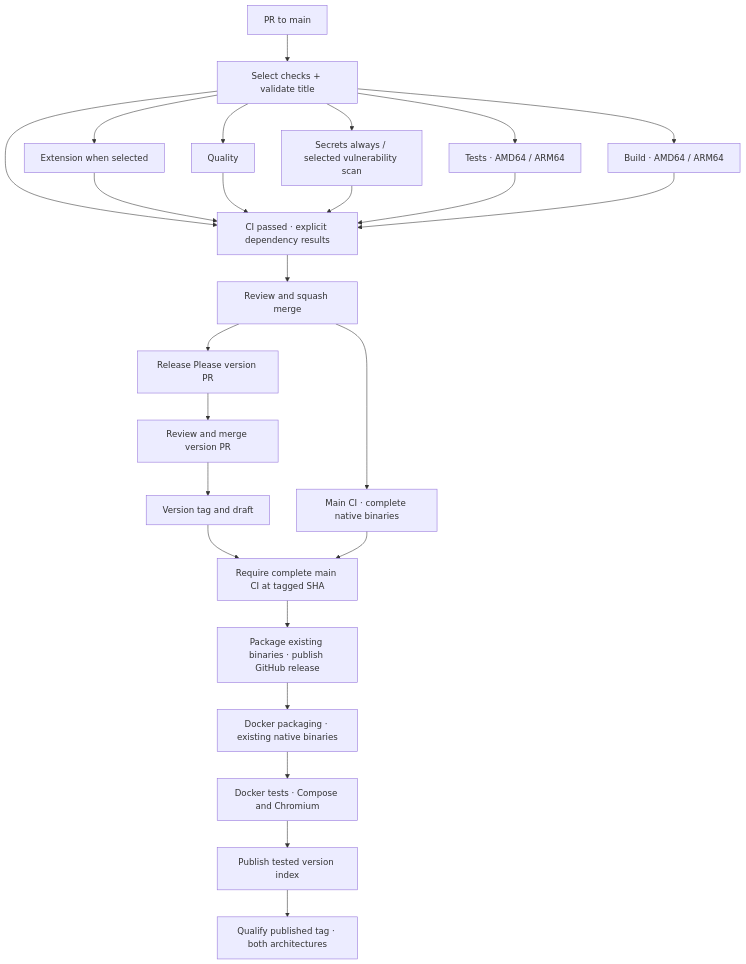
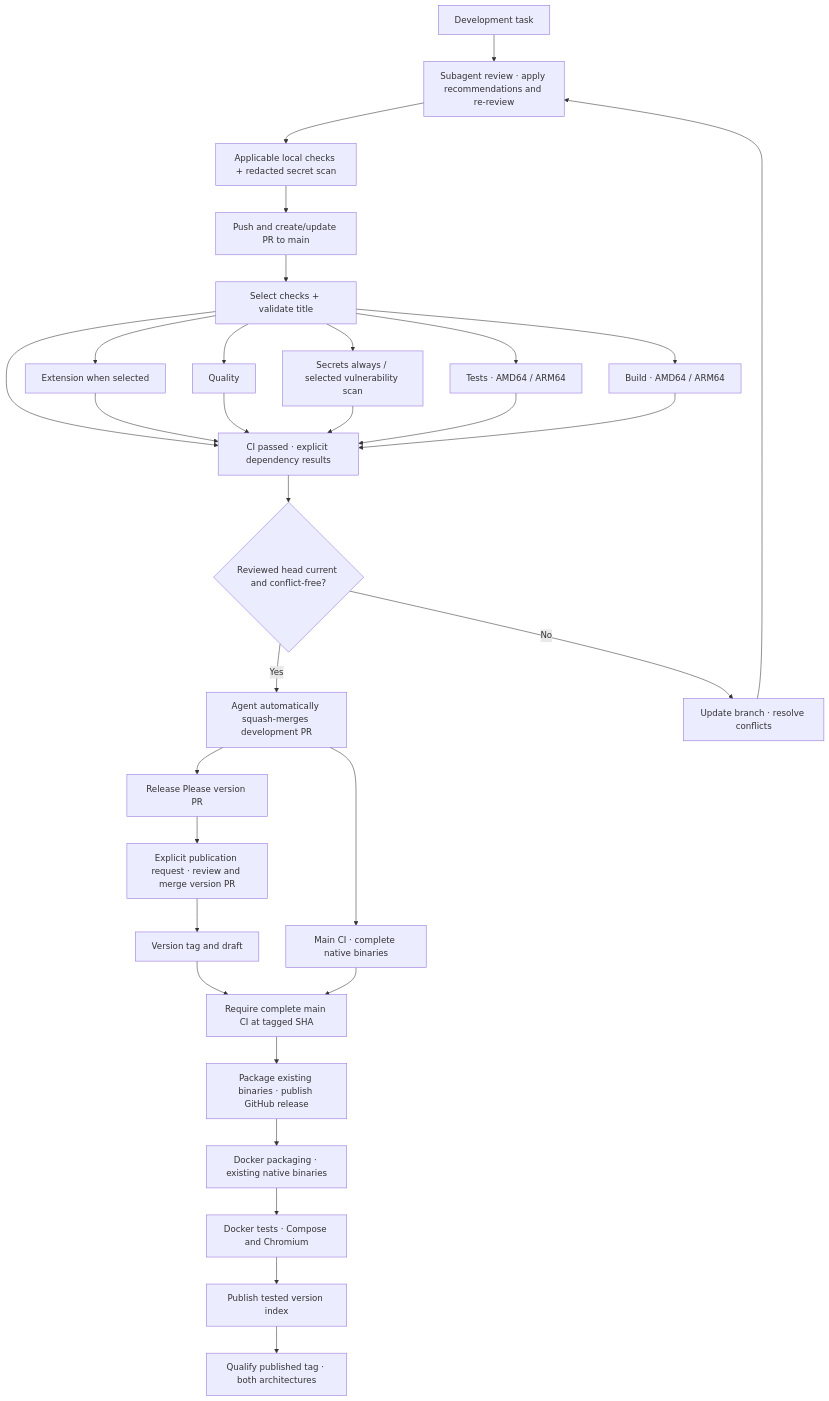
Before and after one commit to theopoc/pocketmark: the diagram in docs/CI.md, drawn with Mermaid. The commit also changed other lines of this file, not shown here.

Commit message:
docs: align CI guide with agent delivery workflow

````diff
--- a/docs/CI.md
+++ b/docs/CI.md
@@ -215,27 +221,33 @@
 ```mermaid
 flowchart TD
-    PR["PR to main"] --> PLAN["Select checks + validate title"]
+    DEV["Development task"] --> REVIEW["Subagent review · apply recommendations and re-review"]
+    REVIEW --> LOCAL["Applicable local checks + redacted secret scan"]
+    LOCAL --> PR["Push and create/update PR to main"]
+    PR --> PLAN["Select checks + validate title"]
     PLAN --> Q["Quality"]
     PLAN --> EXT["Extension when selected"]
     PLAN --> G["CI passed · explicit dependency results"]
     EXT --> G
     PLAN --> S["Secrets always / selected vulnerability scan"]
     PLAN --> T["Tests · AMD64 / ARM64"]
     PLAN --> B["Build · AMD64 / ARM64"]
     Q --> G
     S --> G
     T --> G
     B --> G
-    G --> M["Review and squash merge"]
+    G --> HEAD{"Reviewed head current and conflict-free?"}
+    HEAD -->|Yes| M["Agent automatically squash-merges development PR"]
+    HEAD -->|No| UPDATE["Update branch · resolve conflicts"]
+    UPDATE --> REVIEW
     M --> CI["Main CI · complete native binaries"]
     M --> RP["Release Please version PR"]
-    RP --> R["Review and merge version PR"]
+    RP --> R["Explicit publication request · review and merge version PR"]
     R --> TAG["Version tag and draft"]
     TAG --> WAIT["Require complete main CI at tagged SHA"]
     CI --> WAIT
     WAIT --> PUB["Package existing binaries · publish GitHub release"]
     PUB --> DB["Docker packaging · existing native binaries"]
     DB --> DT["Docker tests · Compose and Chromium"]
     DT --> DP["Publish tested version index"]
     DP --> V["Qualify published tag · both architectures"]
 ```
````
